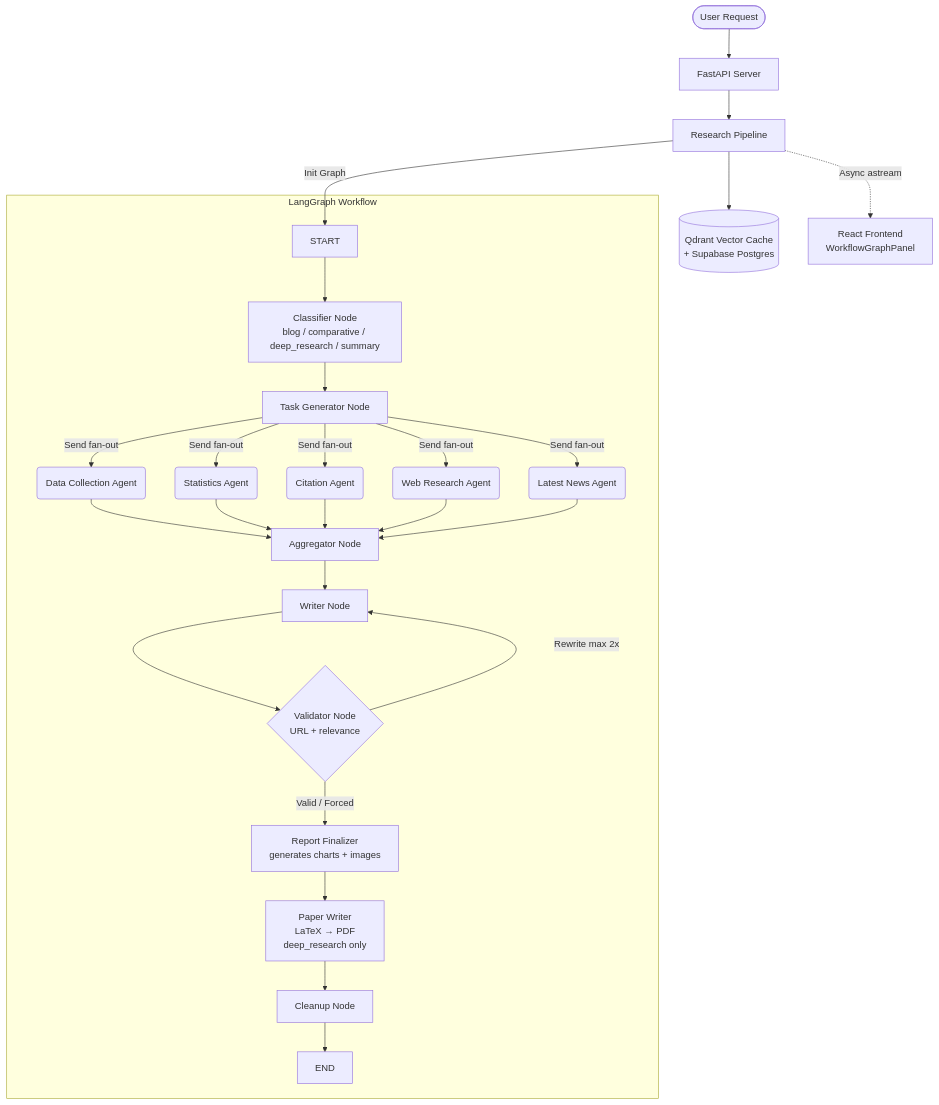
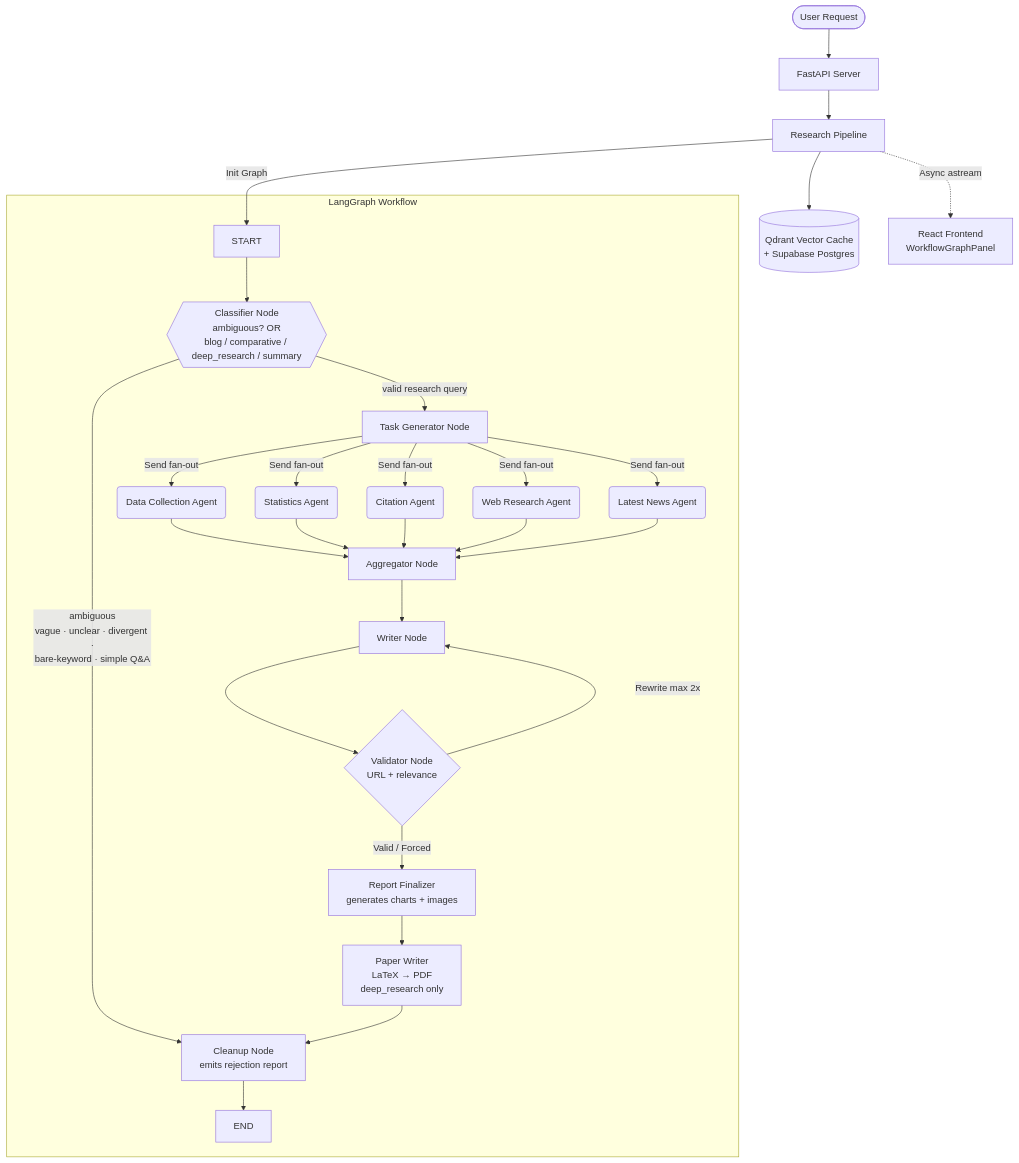
One commit to deepinsightlabs25-tech/aion-ai-research changed the first of 3 diagrams in README.md. Above: the diagram before and after it, drawn with Mermaid. The commit also changed other lines of this file and 6 other files, not shown here.

````diff
--- a/README.md
+++ b/README.md
@@ -9,35 +9,37 @@
 ```mermaid
 graph TD
     User([User Request]) --> API[FastAPI Server]
     API --> Pipeline[Research Pipeline]
 
     subgraph LangGraph Workflow
-        S[START] --> Classifier[Classifier Node<br/>blog / comparative / deep_research / summary]
-        Classifier --> TaskGen[Task Generator Node]
+        S[START] --> Classifier{{Classifier Node<br/>ambiguous? OR<br/>blog / comparative / deep_research / summary}}
+
+        Classifier -->|ambiguous<br/>vague · unclear · divergent ·<br/>bare-keyword · simple Q&A| Cleanup[Cleanup Node<br/>emits rejection report]
+        Classifier -->|valid research query| TaskGen[Task Generator Node]
 
         TaskGen -->|Send fan-out| Agent1(Data Collection Agent)
         TaskGen -->|Send fan-out| Agent2(Statistics Agent)
         TaskGen -->|Send fan-out| Agent3(Citation Agent)
         TaskGen -->|Send fan-out| Agent4(Web Research Agent)
         TaskGen -->|Send fan-out| Agent5(Latest News Agent)
 
         Agent1 --> Agg[Aggregator Node]
         Agent2 --> Agg
         Agent3 --> Agg
         Agent4 --> Agg
         Agent5 --> Agg
 
         Agg --> Writer[Writer Node]
         Writer --> Validator{Validator Node<br/>URL + relevance}
 
         Validator -->|Rewrite max 2x| Writer
         Validator -->|Valid / Forced| Finalizer[Report Finalizer<br/>generates charts + images]
         Finalizer --> Paper[Paper Writer<br/>LaTeX → PDF<br/>deep_research only]
-        Paper --> Cleanup[Cleanup Node]
+        Paper --> Cleanup
         Cleanup --> E[END]
     end
 
     Pipeline -->|Init Graph| S
     Pipeline --> DB[(Qdrant Vector Cache<br/>+ Supabase Postgres)]
     Pipeline -.->|Async astream| UI[React Frontend<br/>WorkflowGraphPanel]
 ```
````
